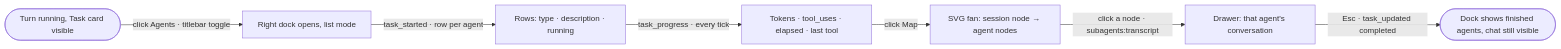
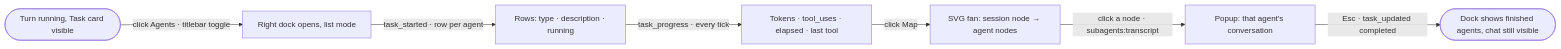
The second of 10 diagrams in .context/happy-path.md (EstarinAzx/claude-wrapper), drawn with Mermaid before and after one commit. The commit also changed other lines of this file and 5 other files, not shown here.

````diff
--- a/.context/happy-path.md
+++ b/.context/happy-path.md
@@ -30,9 +30,9 @@
 ```mermaid
 flowchart LR
   turn([Turn running, Task card visible]) -->|click Agents · titlebar toggle| dock[Right dock opens, list mode]
   dock -->|task_started · row per agent| rows[Rows: type · description · running]
   rows -->|task_progress · every tick| live[Tokens · tool_uses · elapsed · last tool]
   live -->|click Map| map[SVG fan: session node → agent nodes]
-  map -->|click a node · subagents:transcript| drawer[Drawer: that agent's conversation]
+  map -->|click a node · subagents:transcript| drawer[Popup: that agent's conversation]
   drawer -->|Esc · task_updated completed| settled([Dock shows finished agents, chat still visible])
 ```
````
